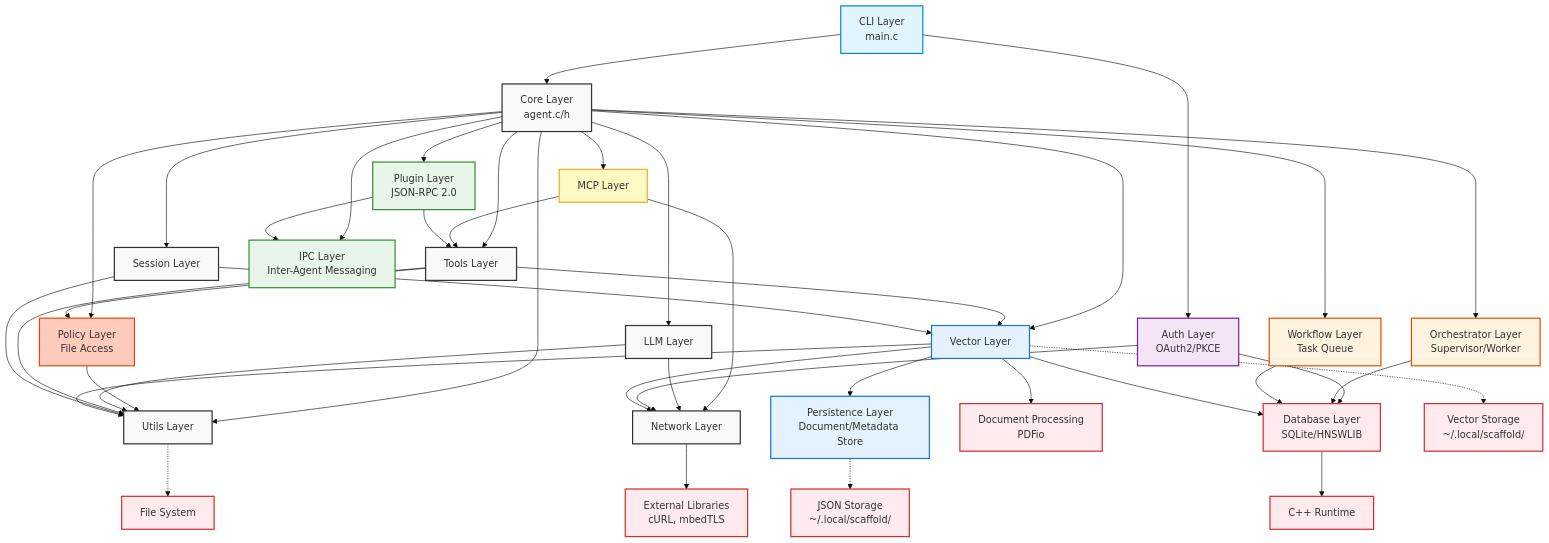
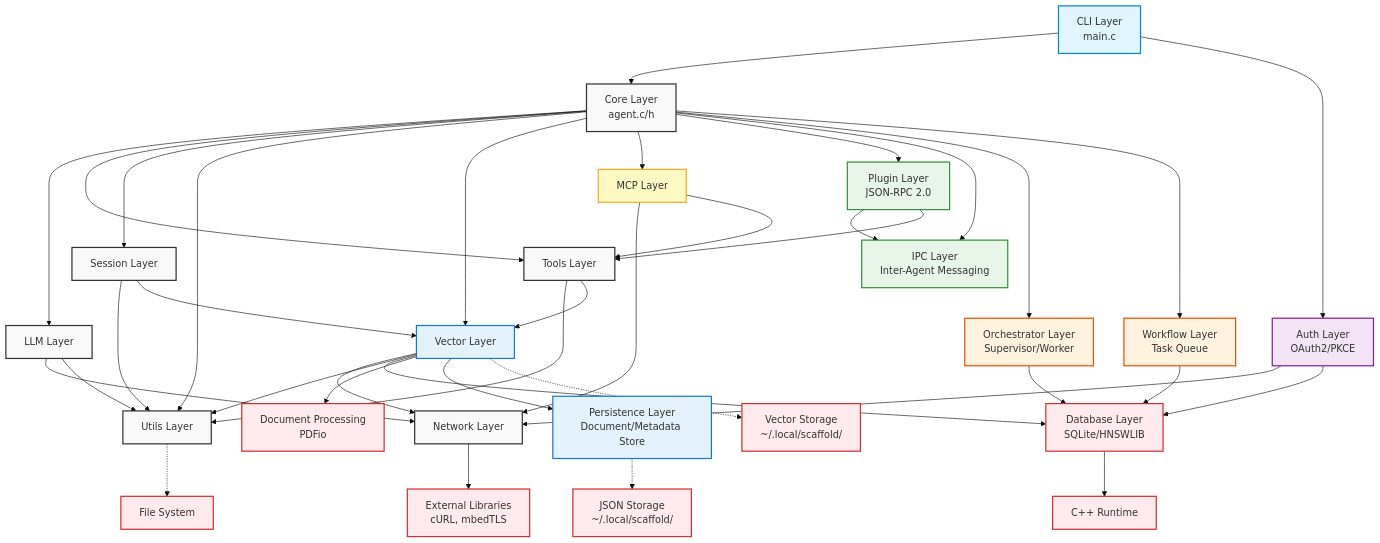
Before and after one commit to tgittos/scaffold: the sixth of 19 diagrams in ARCHITECTURE.md, drawn with Mermaid (base theme). The commit also changed other lines of this file and 25 other files, not shown here.

````diff
--- a/ARCHITECTURE.md
+++ b/ARCHITECTURE.md
@@ -285,76 +278,70 @@
 ```mermaid
 graph TB
     Core[Core Layer<br/>agent.c/h] --> LLM[LLM Layer]
     Core --> Tools[Tools Layer]
     Core --> Session[Session Layer]
     Core --> Utils[Utils Layer]
     Core --> Vector[Vector Layer]
     Core --> MCP[MCP Layer]
-    Core --> Policy[Policy Layer<br/>File Access]
     Core --> Plugin[Plugin Layer<br/>JSON-RPC 2.0]
     Core --> IPC[IPC Layer<br/>Inter-Agent Messaging]
-
-    Tools --> Policy
-    Policy --> Utils
 
     CLI[CLI Layer<br/>main.c] --> Core
     CLI --> Auth[Auth Layer<br/>OAuth2/PKCE]
 
     MCP --> Network[Network Layer]
     MCP --> Tools
 
     LLM --> Network
     LLM --> Utils
 
     Auth --> Network
     Auth --> DB
 
     Plugin --> IPC
     Plugin --> Tools
 
     Tools --> Utils
     Tools --> Vector
 
     Session --> Utils
     Session --> Vector
 
     Core --> Orchestrator[Orchestrator Layer<br/>Supervisor/Worker]
     Core --> Workflow[Workflow Layer<br/>Task Queue]
     Orchestrator --> DB
     Workflow --> DB
 
     Vector --> Network
     Vector --> Utils
     Vector --> DB[Database Layer<br/>SQLite/HNSWLIB]
     Vector --> Document[Document Processing<br/>PDFio]
     Vector --> Persistence[Persistence Layer<br/>Document/Metadata Store]
 
     Network --> External[External Libraries<br/>cURL, mbedTLS]
     DB --> CPPRuntime[C++ Runtime]
 
     Utils -.-> FileSystem[File System]
     Persistence -.-> JSONStorage[JSON Storage<br/>~/.local/scaffold/]
     Vector -.-> VectorStorage[Vector Storage<br/>~/.local/scaffold/]
 
     classDef layer fill:#f9f9f9,stroke:#333,stroke-width:2px
     classDef vectorLayer fill:#e3f2fd,stroke:#1976d2,stroke-width:2px
     classDef external fill:#ffebee,stroke:#d32f2f,stroke-width:2px
     classDef mcpLayer fill:#fff9c4,stroke:#f9a825,stroke-width:2px
     classDef cliLayer fill:#e1f5fe,stroke:#0288d1,stroke-width:2px
-    classDef policyLayer fill:#ffccbc,stroke:#e64a19,stroke-width:2px
     classDef pluginLayer fill:#e8f5e9,stroke:#388e3c,stroke-width:2px
     classDef authLayer fill:#f3e5f5,stroke:#7b1fa2,stroke-width:2px
     classDef orchLayer fill:#fff3e0,stroke:#e65100,stroke-width:2px
 
     class Core,LLM,Tools,Session,Utils,Network layer
-    class Policy policyLayer
     class Vector,Persistence vectorLayer
     class External,FileSystem,Database,Document,CPPRuntime,VectorStorage,JSONStorage external
     class MCP mcpLayer
     class CLI cliLayer
     class Plugin pluginLayer
     class Auth authLayer
     class IPC pluginLayer
     class DB external
     class Orchestrator,Workflow orchLayer
 ```
````
